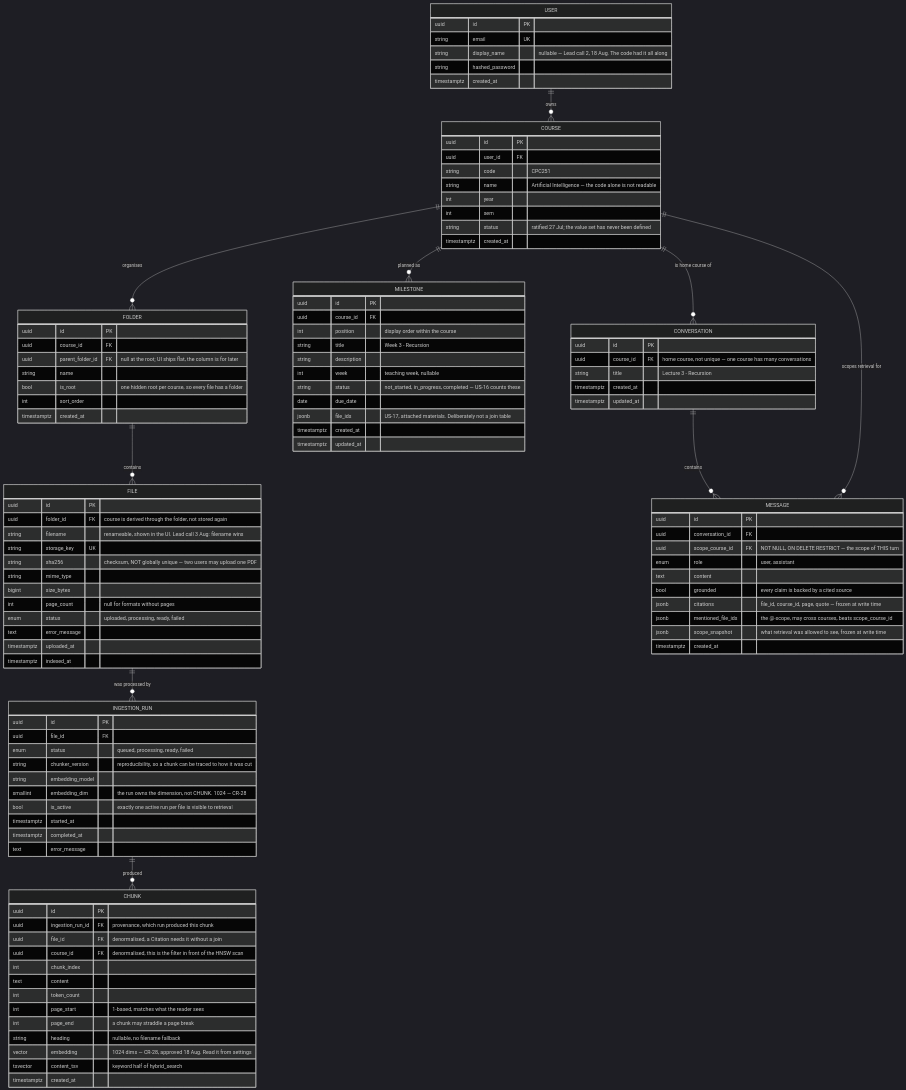
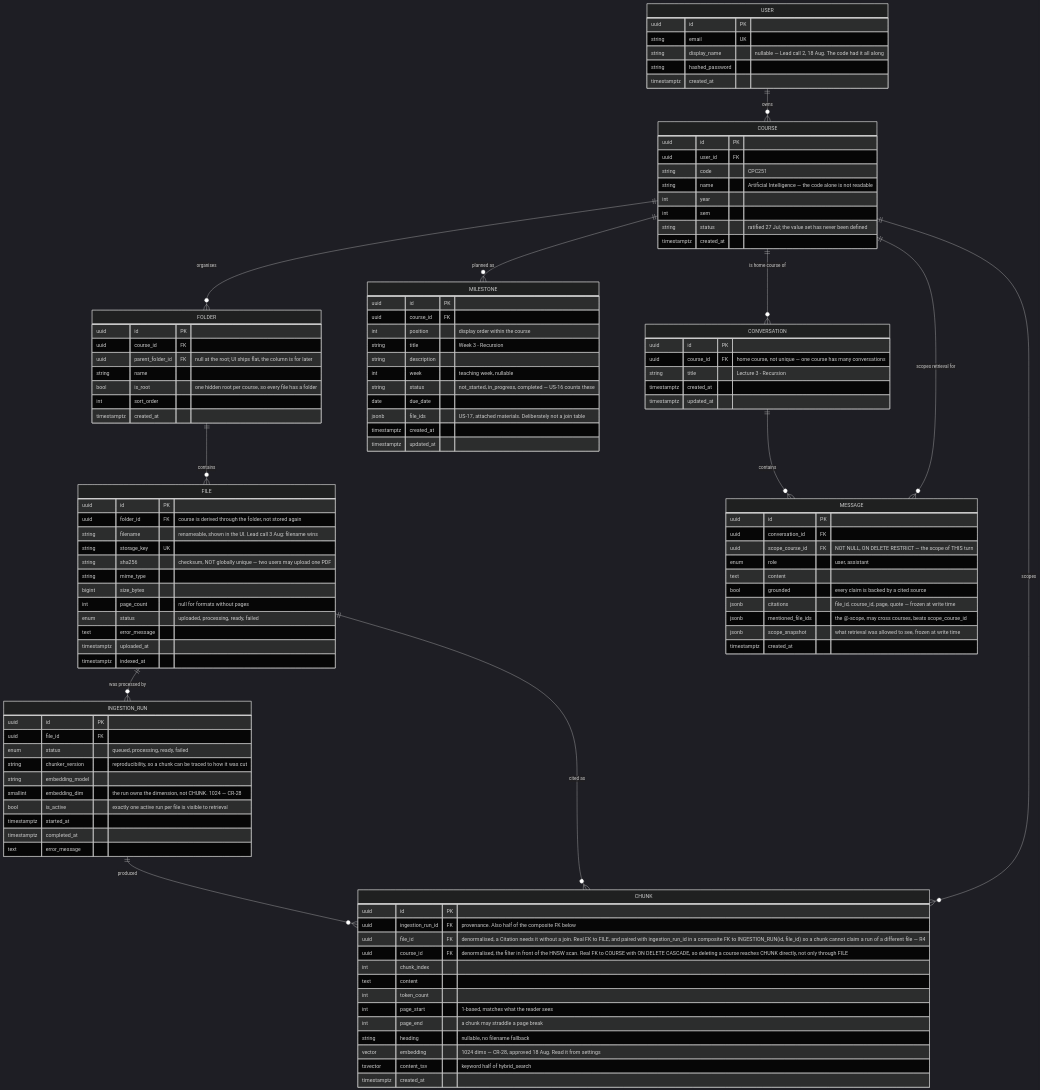
Before and after one commit to SussyMouse/NotToBeCooked: the diagram in docs/erd/erd.mmd, drawn with Mermaid (dark theme). The commit also changed 2 other files, not shown here.

First paragraph of the commit message:
docs(erd): R26 — CHUNK had three foreign keys and one line
Found by the Lead reading the rendered diagram against the constraint
list. erd.mmd carried a single edge into CHUNK:

```diff
--- a/docs/erd/erd.mmd
+++ b/docs/erd/erd.mmd
@@ -95,6 +95,8 @@
     FOLDER ||--o{ FILE : "contains"
     FILE ||--o{ INGESTION_RUN : "was processed by"
     INGESTION_RUN ||--o{ CHUNK : "produced"
+    FILE ||--o{ CHUNK : "cited as"
+    COURSE ||--o{ CHUNK : "scopes"
     CONVERSATION ||--o{ MESSAGE : "contains"
     COURSE ||--o{ MESSAGE : "scopes retrieval for"
 
@@ -171,9 +173,9 @@
 
     CHUNK {
         uuid id PK
-        uuid ingestion_run_id FK "provenance, which run produced this chunk"
-        uuid file_id FK "denormalised, a Citation needs it without a join"
-        uuid course_id FK "denormalised, this is the filter in front of the HNSW scan"
+        uuid ingestion_run_id FK "provenance. Also half of the composite FK below"
+        uuid file_id FK "denormalised, a Citation needs it without a join. Real FK to FILE, and paired with ingestion_run_id in a composite FK to INGESTION_RUN(id, file_id) so a chunk cannot claim a run of a different file — R4"
+        uuid course_id FK "denormalised, the filter in front of the HNSW scan. Real FK to COURSE with ON DELETE CASCADE, so deleting a course reaches CHUNK directly, not only through FILE"
         int chunk_index
         text content
         int token_count
```
